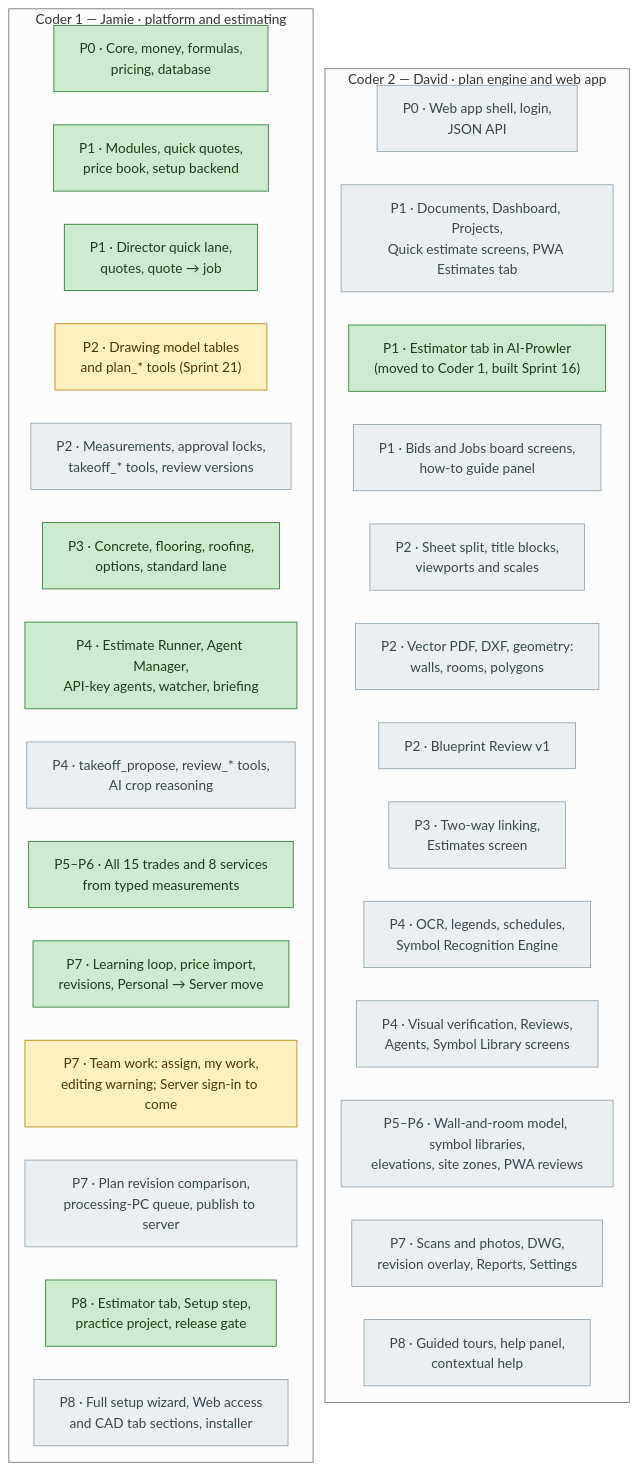
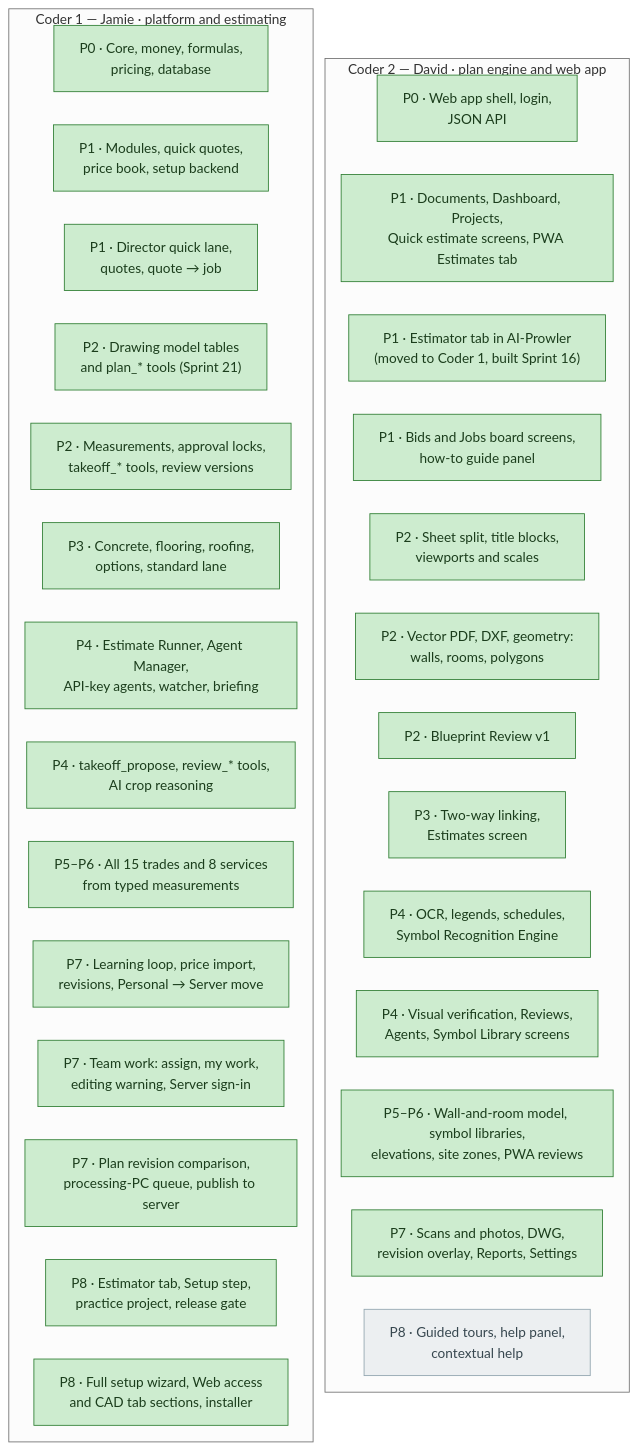
The second of 3 diagrams in docs/estimator/AI-Prowler Estimator Design Spec.md (dvavro/AI-Prowler), drawn with Mermaid (neutral theme) before and after one commit. The commit also changed other lines of this file and 3 other files, not shown here.

````diff
--- a/docs/estimator/AI-Prowler Estimator Design Spec.md
+++ b/docs/estimator/AI-Prowler Estimator Design Spec.md
@@ -1133,43 +1133,43 @@
 ```mermaid
 %%{init: {"flowchart": {"nodeSpacing": 18, "rankSpacing": 14, "wrappingWidth": 260}}}%%
 flowchart LR
     subgraph C1["Coder 1 — Jamie · platform and estimating"]
         direction TB
         A0["P0 · Core, money, formulas,<br/>pricing, database"]:::done
         A1["P1 · Modules, quick quotes,<br/>price book, setup backend"]:::done
         A2["P1 · Director quick lane,<br/>quotes, quote → job"]:::done
-        A3["P2 · Drawing model tables<br/>and plan_* tools (Sprint 21)"]:::wip
-        A4["P2 · Measurements, approval locks,<br/>takeoff_* tools, review versions"]:::todo
+        A3["P2 · Drawing model tables<br/>and plan_* tools (Sprint 21)"]:::done
+        A4["P2 · Measurements, approval locks,<br/>takeoff_* tools, review versions"]:::done
         A5["P3 · Concrete, flooring, roofing,<br/>options, standard lane"]:::done
         A6["P4 · Estimate Runner, Agent Manager,<br/>API-key agents, watcher, briefing"]:::done
-        A7["P4 · takeoff_propose, review_* tools,<br/>AI crop reasoning"]:::todo
+        A7["P4 · takeoff_propose, review_* tools,<br/>AI crop reasoning"]:::done
         A8["P5–P6 · All 15 trades and 8 services<br/>from typed measurements"]:::done
         A9["P7 · Learning loop, price import,<br/>revisions, Personal → Server move"]:::done
-        A10["P7 · Team work: assign, my work,<br/>editing warning; Server sign-in to come"]:::wip
-        A11["P7 · Plan revision comparison,<br/>processing-PC queue, publish to server"]:::todo
+        A10["P7 · Team work: assign, my work,<br/>editing warning, Server sign-in"]:::done
+        A11["P7 · Plan revision comparison,<br/>processing-PC queue, publish to server"]:::done
         A12["P8 · Estimator tab, Setup step,<br/>practice project, release gate"]:::done
-        A13["P8 · Full setup wizard, Web access<br/>and CAD tab sections, installer"]:::todo
+        A13["P8 · Full setup wizard, Web access<br/>and CAD tab sections, installer"]:::done
         A0 ~~~ A1 ~~~ A2 ~~~ A3 ~~~ A4 ~~~ A5 ~~~ A6 ~~~ A7 ~~~ A8 ~~~ A9 ~~~ A10 ~~~ A11 ~~~ A12 ~~~ A13
     end
     subgraph C2["Coder 2 — David · plan engine and web app"]
         direction TB
-        B0["P0 · Web app shell, login,<br/>JSON API"]:::todo
-        B1["P1 · Documents, Dashboard, Projects,<br/>Quick estimate screens, PWA Estimates tab"]:::todo
+        B0["P0 · Web app shell, login,<br/>JSON API"]:::done
+        B1["P1 · Documents, Dashboard, Projects,<br/>Quick estimate screens, PWA Estimates tab"]:::done
         B2["P1 · Estimator tab in AI-Prowler<br/>(moved to Coder 1, built Sprint 16)"]:::done
-        B3["P1 · Bids and Jobs board screens,<br/>how-to guide panel"]:::todo
-        B4["P2 · Sheet split, title blocks,<br/>viewports and scales"]:::todo
-        B5["P2 · Vector PDF, DXF, geometry:<br/>walls, rooms, polygons"]:::todo
-        B6["P2 · Blueprint Review v1"]:::todo
-        B7["P3 · Two-way linking,<br/>Estimates screen"]:::todo
-        B8["P4 · OCR, legends, schedules,<br/>Symbol Recognition Engine"]:::todo
-        B9["P4 · Visual verification, Reviews,<br/>Agents, Symbol Library screens"]:::todo
-        B10["P5–P6 · Wall-and-room model, symbol libraries,<br/>elevations, site zones, PWA reviews"]:::todo
-        B11["P7 · Scans and photos, DWG,<br/>revision overlay, Reports, Settings"]:::todo
+        B3["P1 · Bids and Jobs board screens,<br/>how-to guide panel"]:::done
+        B4["P2 · Sheet split, title blocks,<br/>viewports and scales"]:::done
+        B5["P2 · Vector PDF, DXF, geometry:<br/>walls, rooms, polygons"]:::done
+        B6["P2 · Blueprint Review v1"]:::done
+        B7["P3 · Two-way linking,<br/>Estimates screen"]:::done
+        B8["P4 · OCR, legends, schedules,<br/>Symbol Recognition Engine"]:::done
+        B9["P4 · Visual verification, Reviews,<br/>Agents, Symbol Library screens"]:::done
+        B10["P5–P6 · Wall-and-room model, symbol libraries,<br/>elevations, site zones, PWA reviews"]:::done
+        B11["P7 · Scans and photos, DWG,<br/>revision overlay, Reports, Settings"]:::done
         B12["P8 · Guided tours, help panel,<br/>contextual help"]:::todo
         B0 ~~~ B1 ~~~ B2 ~~~ B3 ~~~ B4 ~~~ B5 ~~~ B6 ~~~ B7 ~~~ B8 ~~~ B9 ~~~ B10 ~~~ B11 ~~~ B12
     end
     C1 ~~~ C2
     classDef done fill:#cdeccf,stroke:#2e7d32,color:#1b3d1c
     classDef wip fill:#fff1bf,stroke:#b8860b,color:#4a3800
     classDef todo fill:#eceff1,stroke:#90a4ae,color:#37474f
 ```
````
